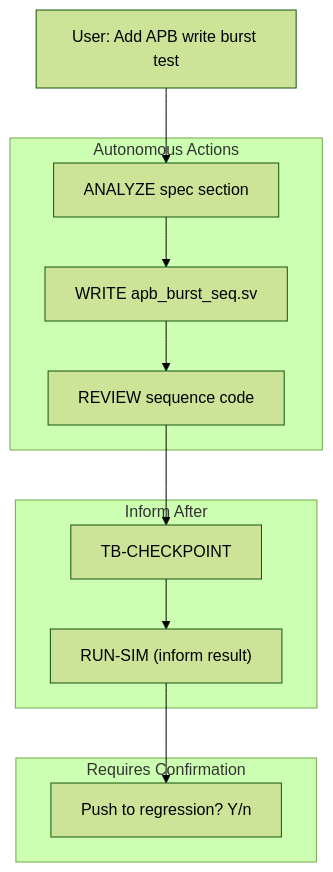
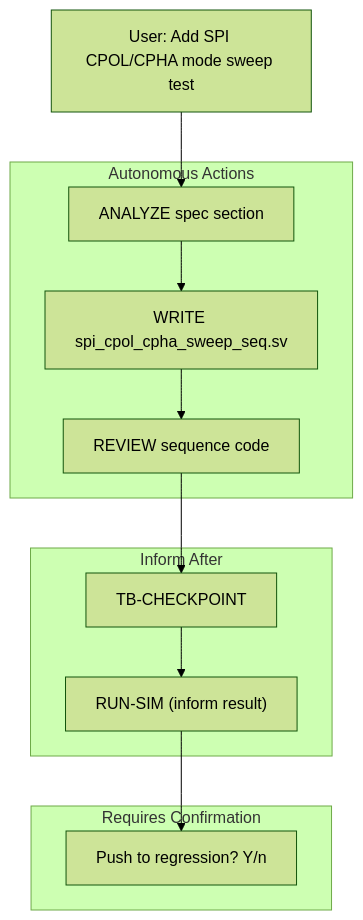
Before and after one commit to nazmul-haider/Cursor-for-Verification-Engineers: the sixth of 13 diagrams in cursor-verification-engineer-guide.md, drawn with Mermaid (forest theme). The commit also changed other lines of this file, not shown here.

````diff
--- a/cursor-verification-engineer-guide.md
+++ b/cursor-verification-engineer-guide.md
@@ -711,21 +1789,21 @@
 ```mermaid
 flowchart TD
-    User["User: Add APB write burst test"]
+    User["User: Add SPI CPOL/CPHA mode sweep test"]
 
     subgraph Autonomous["Autonomous Actions"]
         Analyze["ANALYZE spec section"]
-        Write["WRITE apb_burst_seq.sv"]
+        Write["WRITE spi_cpol_cpha_sweep_seq.sv"]
         Review["REVIEW sequence code"]
     end
 
     subgraph Inform["Inform After"]
         Checkpoint["TB-CHECKPOINT"]
         Sim["RUN-SIM (inform result)"]
     end
 
     subgraph Confirm["Requires Confirmation"]
         Push["Push to regression? Y/n"]
     end
 
     User --> Analyze --> Write --> Review --> Checkpoint --> Sim --> Push
 ```
````
